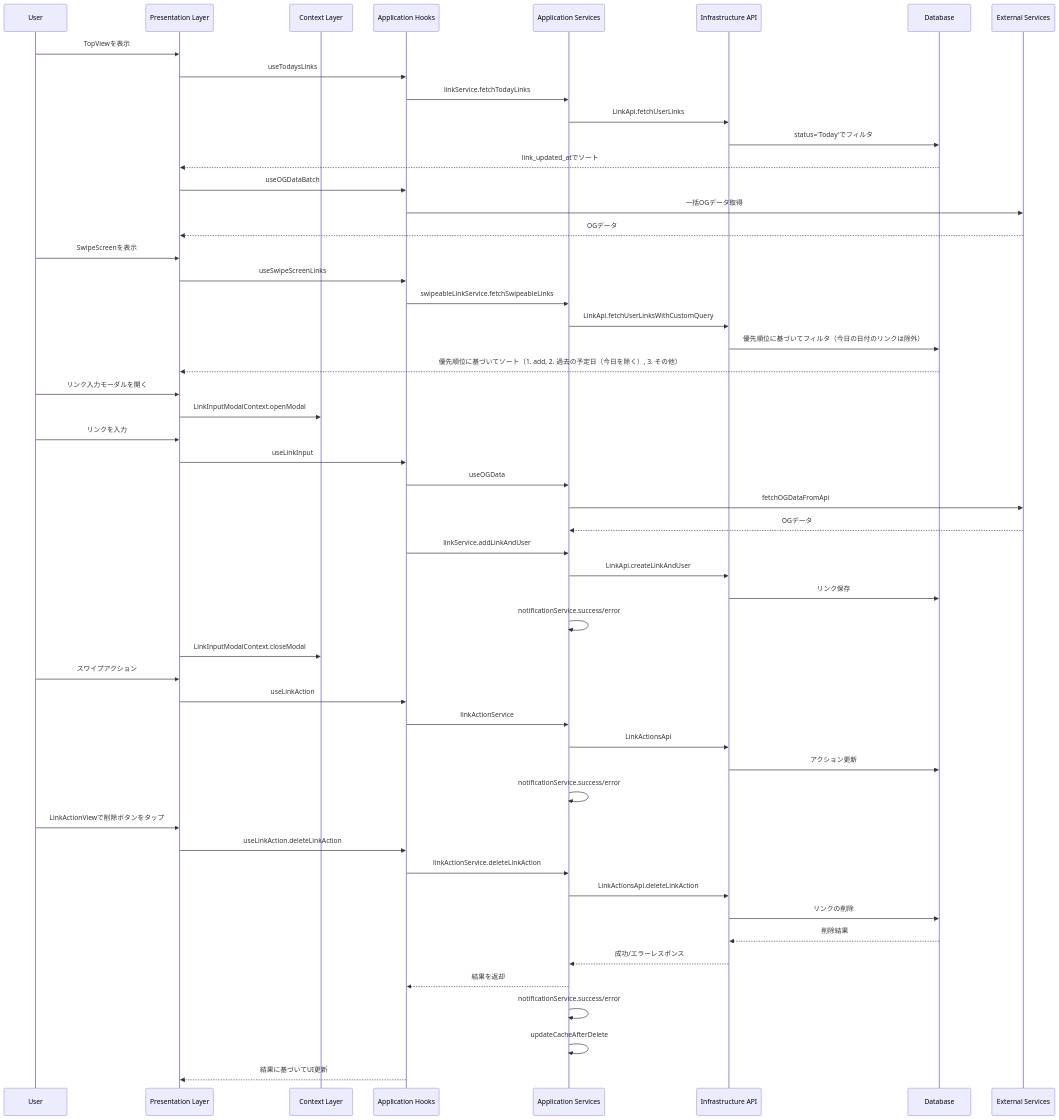
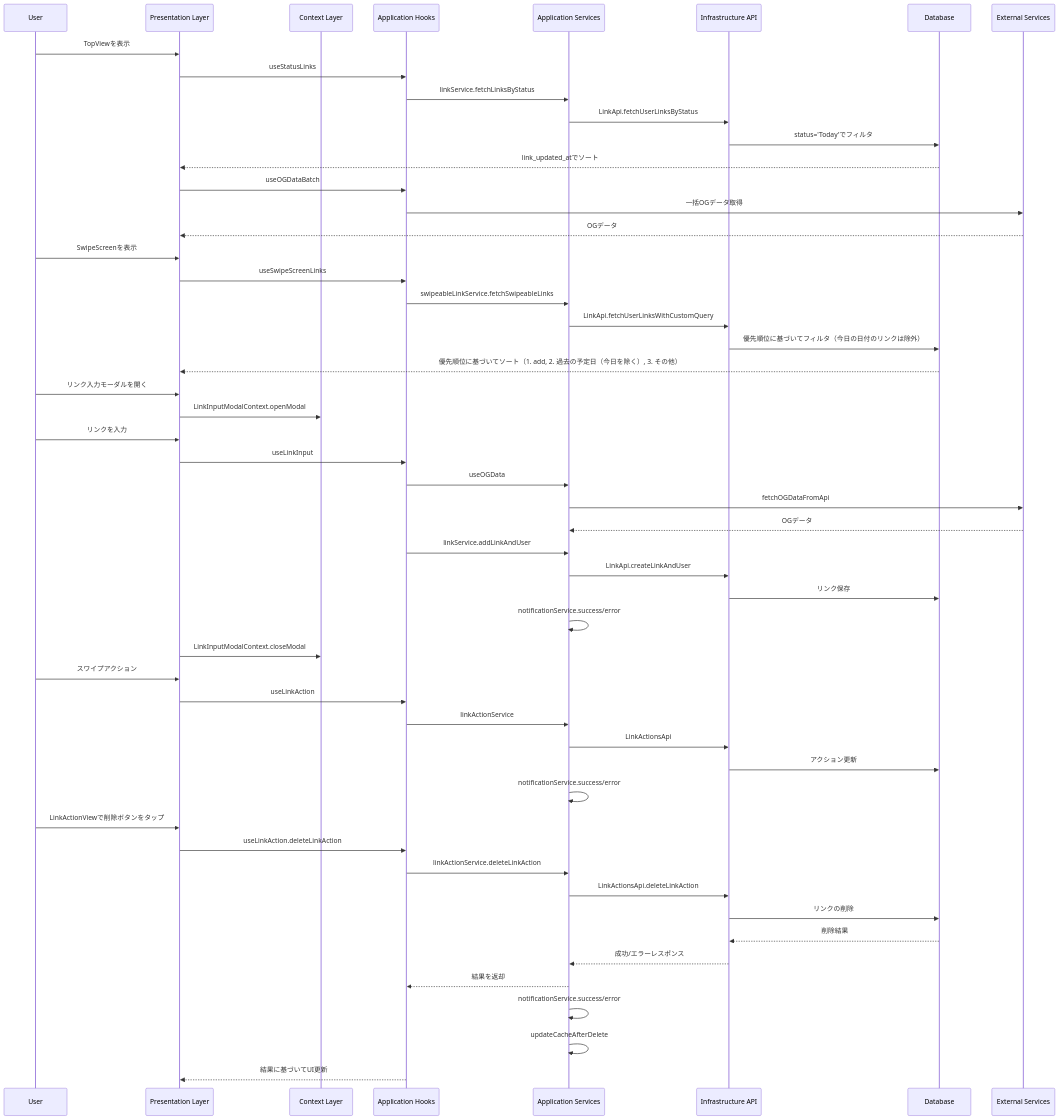
Before and after one commit to sooom1627/Linpe: the second of 2 diagrams in feature/links/docs/architecture.md, drawn with Mermaid. The commit also changed other lines of this file and 11 other files, not shown here.

Commit message:
リンク機能の改善として、`useTodaysLinks`フックを`useStatusLinks`に置き換え、`WeeekEndLinksView`を追加しました。また、キャッシュキーの設計を見直し、`LINK_CACHE_KEYS`から`TODAY_LINKS`を削除し、`STATUS_LINKS`を使用するように変更しました。関連するテストケースも更新し、ドキュメントにデータ取得フローを追加しました。これにより、特定のステータスに基づくリンクの取得がより効率的になりました。

````diff
--- a/feature/links/docs/architecture.md
+++ b/feature/links/docs/architecture.md
@@ -139,65 +143,65 @@
 ```mermaid
 sequenceDiagram
     participant User
     participant UI as Presentation Layer
     participant Context as Context Layer
     participant Hook as Application Hooks
     participant Service as Application Services
     participant API as Infrastructure API
     participant DB as Database
     participant External as External Services
 
     %% リンク一覧表示フロー（TopView）
     User->>UI: TopViewを表示
-    UI->>Hook: useTodaysLinks
-    Hook->>Service: linkService.fetchTodayLinks
-    Service->>API: LinkApi.fetchUserLinks
+    UI->>Hook: useStatusLinks
+    Hook->>Service: linkService.fetchLinksByStatus
+    Service->>API: LinkApi.fetchUserLinksByStatus
     API->>DB: status='Today'でフィルタ
     DB-->>UI: link_updated_atでソート
     UI->>Hook: useOGDataBatch
     Hook->>External: 一括OGデータ取得
     External-->>UI: OGデータ
 
     %% スワイプ画面表示フロー
     User->>UI: SwipeScreenを表示
     UI->>Hook: useSwipeScreenLinks
     Hook->>Service: swipeableLinkService.fetchSwipeableLinks
     Service->>API: LinkApi.fetchUserLinksWithCustomQuery
     API->>DB: 優先順位に基づいてフィルタ（今日の日付のリンクは除外）
     DB-->>UI: 優先順位に基づいてソート（1. add, 2. 過去の予定日（今日を除く）, 3. その他）
 
     %% リンク入力フロー
     User->>UI: リンク入力モーダルを開く
     UI->>Context: LinkInputModalContext.openModal
     User->>UI: リンクを入力
     UI->>Hook: useLinkInput
     Hook->>Service: useOGData
     Service->>External: fetchOGDataFromApi
     External-->>Service: OGデータ
     Hook->>Service: linkService.addLinkAndUser
     Service->>API: LinkApi.createLinkAndUser
     API->>DB: リンク保存
     Service->>Service: notificationService.success/error
     UI->>Context: LinkInputModalContext.closeModal
 
     %% スワイプアクション
     User->>UI: スワイプアクション
     UI->>Hook: useLinkAction
     Hook->>Service: linkActionService
     Service->>API: LinkActionsApi
     API->>DB: アクション更新
     Service->>Service: notificationService.success/error
 
     %% リンク削除フロー
     User->>UI: LinkActionViewで削除ボタンをタップ
     UI->>Hook: useLinkAction.deleteLinkAction
     Hook->>Service: linkActionService.deleteLinkAction
     Service->>API: LinkActionsApi.deleteLinkAction
     API->>DB: リンクの削除
     DB-->>API: 削除結果
     API-->>Service: 成功/エラーレスポンス
     Service-->>Hook: 結果を返却
     Service->>Service: notificationService.success/error
     Service->>Service: updateCacheAfterDelete
     Hook-->>UI: 結果に基づいてUI更新
 ```
````
